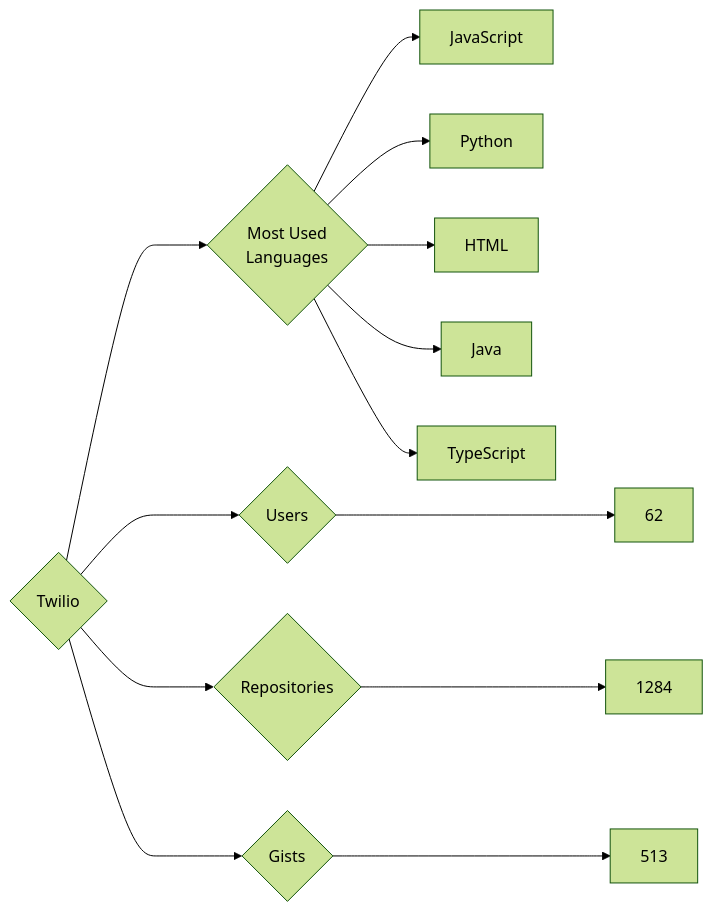
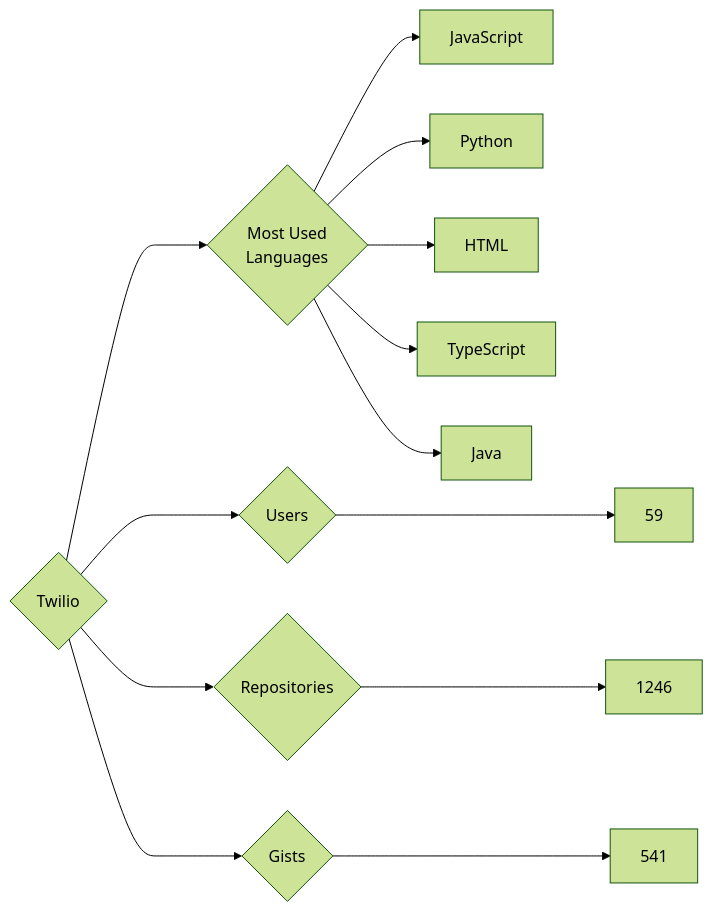
One commit to trickest/insiders changed the diagram in targets/Twilio/README.md. Above: the diagram before and after it, drawn with Mermaid (forest theme). The commit also changed 799 other files, not shown here.

````diff
--- a/targets/Twilio/README.md
+++ b/targets/Twilio/README.md
@@ -3,13 +3,13 @@
 ```mermaid
 graph LR
 COMPANY_NAME{Twilio}
-COMPANY_NAME ---> U{Users} ---> UN[62]
-COMPANY_NAME ---> R{Repositories} ---> RN[1284]
-COMPANY_NAME ---> G{Gists} ---> GN[513]
+COMPANY_NAME ---> U{Users} ---> UN[59]
+COMPANY_NAME ---> R{Repositories} ---> RN[1246]
+COMPANY_NAME ---> G{Gists} ---> GN[541]
 COMPANY_NAME ---> ML{Most Used<br>Languages}
 ML --> JavaScript[JavaScript]
 ML --> Python[Python]
 ML --> HTML[HTML]
+ML --> TypeScript[TypeScript]
 ML --> Java[Java]
-ML --> TypeScript[TypeScript]
 ```
````
